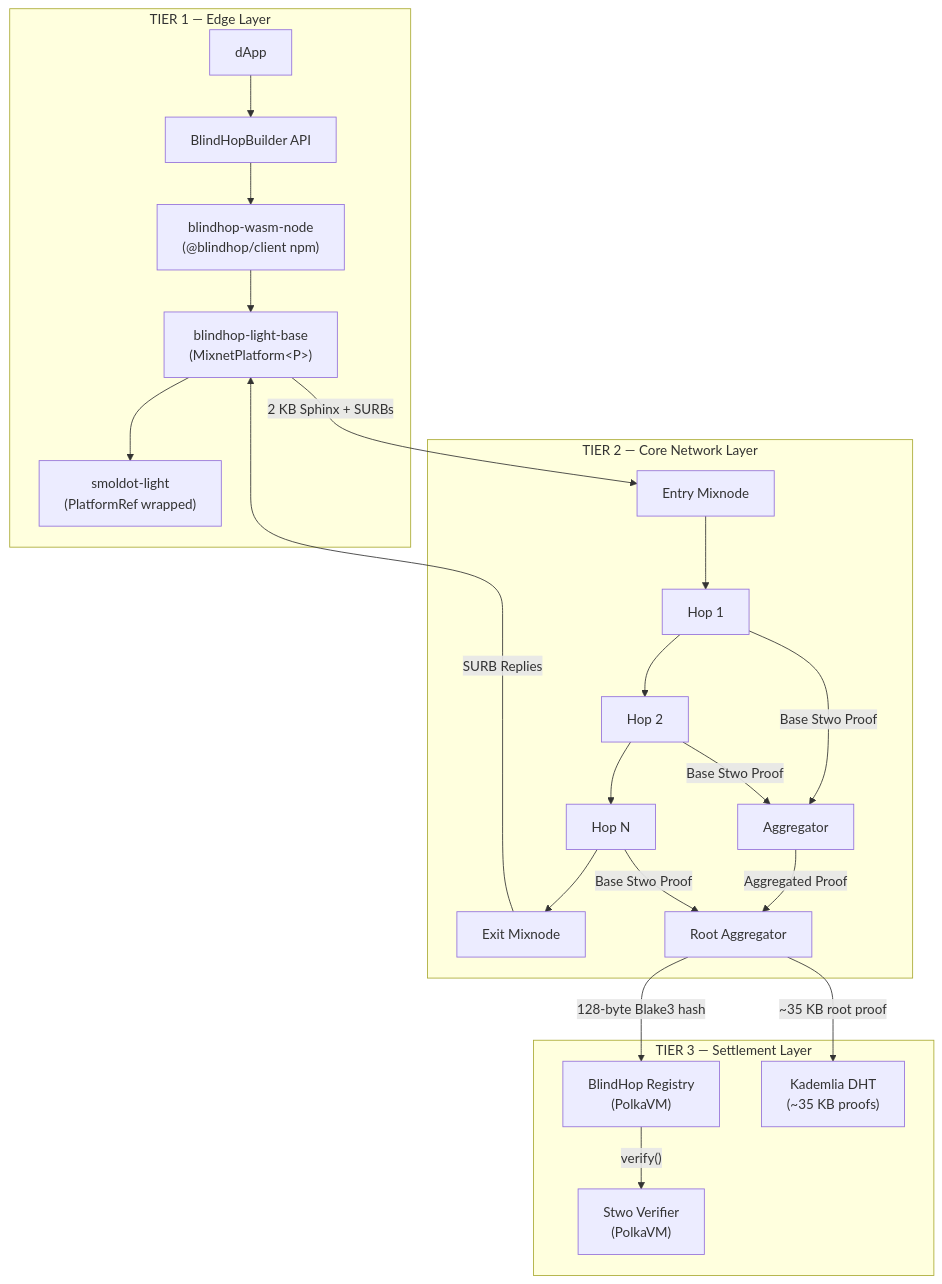
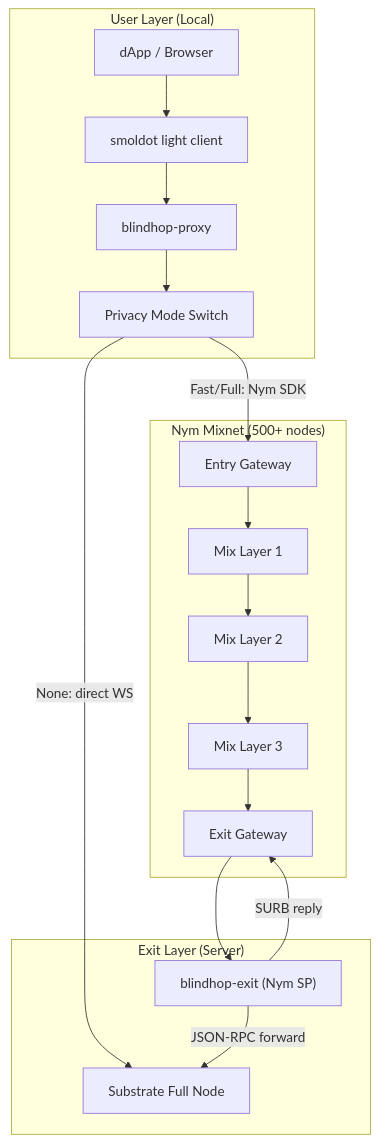
Before and after one commit to BlindHop/BlindHop: the diagram in docs/docs/architecture/overview.md, drawn with Mermaid. The commit also changed other lines of this file and 121 other files, not shown here.

First line of the commit message:
feat!: pivot MVP to Nym mixnet with browser-embedded Wasm client

````diff
--- a/docs/docs/architecture/overview.md
+++ b/docs/docs/architecture/overview.md
@@ -13,33 +13,26 @@
 ```mermaid
 graph TB
-    subgraph "TIER 1 — Edge Layer"
-        A["dApp"] --> B["BlindHopBuilder API"]
-        B --> C["blindhop-wasm-node\n(@blindhop/client npm)"]
-        C --> D["blindhop-light-base\n(MixnetPlatform&lt;P&gt;)"]
-        D --> E["smoldot-light\n(PlatformRef wrapped)"]
+    subgraph "User Layer (Local)"
+        A["dApp / Browser"] --> B["smoldot light client"]
+        B --> C["blindhop-proxy"]
+        C --> D["Privacy Mode Switch"]
     end
 
-    subgraph "TIER 2 — Core Network Layer"
-        F["Entry Mixnode"] --> G["Hop 1"]
-        G --> H["Hop 2"]
-        H --> I["Hop N"]
-        I --> J["Exit Mixnode"]
-
-        G -- "Base Stwo Proof" --> K["Aggregator"]
-        H -- "Base Stwo Proof" --> K
-        K -- "Aggregated Proof" --> L["Root Aggregator"]
-        I -- "Base Stwo Proof" --> L
+    subgraph "Nym Mixnet (500+ nodes)"
+        E["Entry Gateway"] --> F["Mix Layer 1"]
+        F --> G["Mix Layer 2"]
+        G --> H["Mix Layer 3"]
+        H --> I["Exit Gateway"]
     end
 
-    subgraph "TIER 3 — Settlement Layer"
-        M["BlindHop Registry\n(PolkaVM)"]
-        N["Stwo Verifier\n(PolkaVM)"]
-        O["Kademlia DHT\n(~35 KB proofs)"]
+    subgraph "Exit Layer (Server)"
+        J["blindhop-exit (Nym SP)"]
+        K["Substrate Full Node"]
     end
 
-    D -- "2 KB Sphinx + SURBs" --> F
-    J -- "SURB Replies" --> D
-    L -- "~35 KB root proof" --> O
-    L -- "128-byte Blake3 hash" --> M
-    M -- "verify()" --> N
+    D -- "None: direct WS" --> K
+    D -- "Fast/Full: Nym SDK" --> E
+    I --> J
+    J -- "JSON-RPC forward" --> K
+    J -- "SURB reply" --> I
 ```
````
